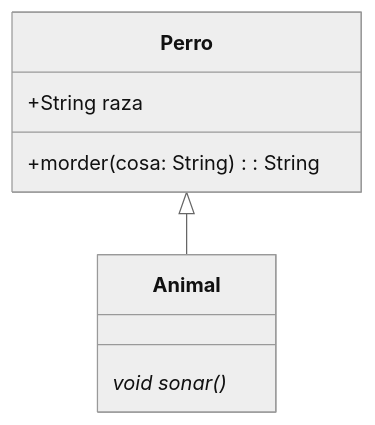
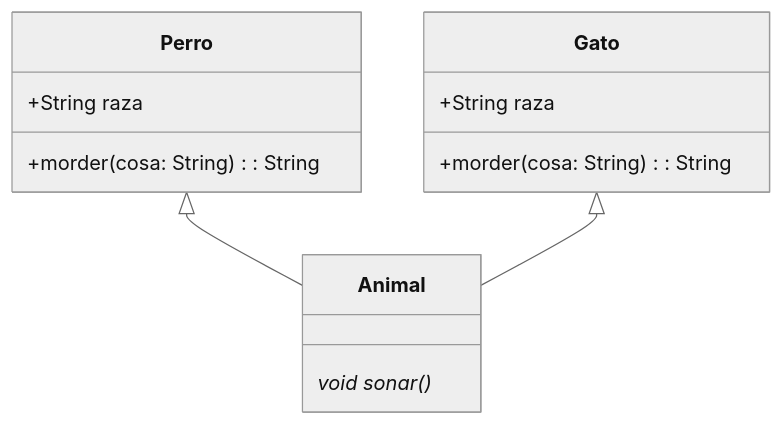
Before and after one commit to notramon1919/uml: the diagram in README.md, drawn with Mermaid (neutral theme). The commit also changed other lines of this file, not shown here.

Commit message:
README UPDATE

````diff
--- a/README.md
+++ b/README.md
@@ -24,13 +31,20 @@
 ```mermaid
 classDiagram
 class Perro {
   +String raza
   +morder(cosa: String): String
 }
 
+class Gato {
+  +String raza
+  +morder(cosa: String): String
+}
+
+
 class Animal{
   void sonar()*
 }
 
 Perro <|-- Animal
+Gato <|-- Animal
 ```
````
